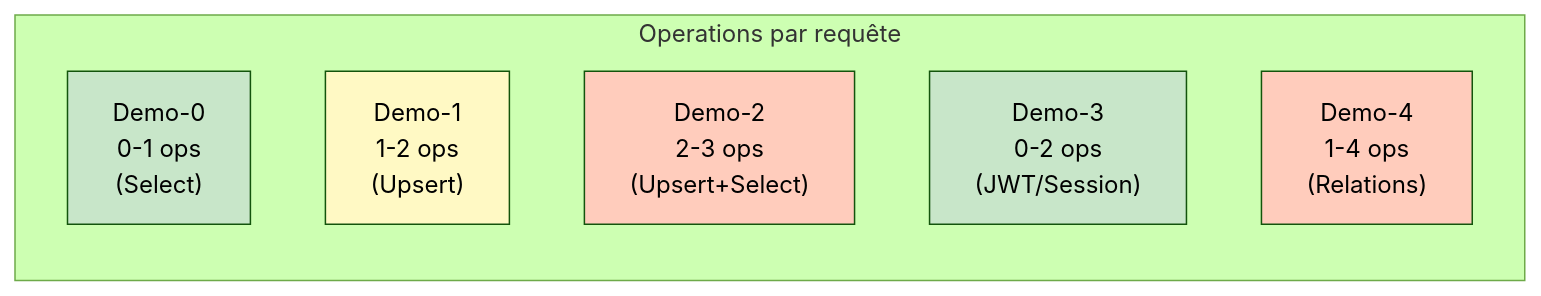
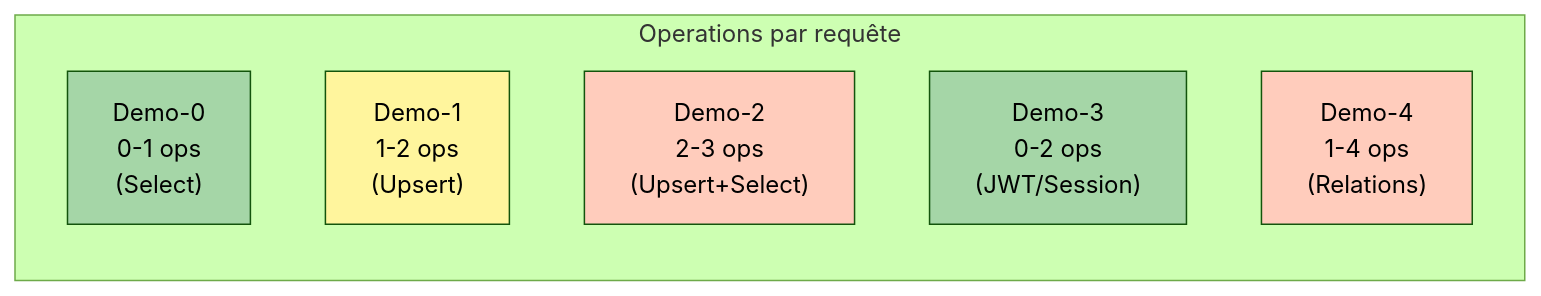
One commit to inskillflow/auths-1-NEXTJS-introduction changed diagram 36 of 39 in 02-DIAGRAMMES_ARCHITECTURES.md. Above: the diagram before and after it, drawn with Mermaid (forest theme). The commit also changed other lines of this file, not shown here.

````diff
--- a/02-DIAGRAMMES_ARCHITECTURES.md
+++ b/02-DIAGRAMMES_ARCHITECTURES.md
@@ -1157,16 +1157,16 @@
 ```mermaid
 graph LR
     subgraph "Operations par requête"
         O0["Demo-0<br/>0-1 ops<br/>(Select)"]
         O1["Demo-1<br/>1-2 ops<br/>(Upsert)"]
         O2["Demo-2<br/>2-3 ops<br/>(Upsert+Select)"]
         O3["Demo-3<br/>0-2 ops<br/>(JWT/Session)"]
         O4["Demo-4<br/>1-4 ops<br/>(Relations)"]
     end
     
-    style O0 fill:#c8e6c9
-    style O1 fill:#fff9c4
+    style O0 fill:#a5d6a7
+    style O1 fill:#fff59d
     style O2 fill:#ffccbc
-    style O3 fill:#c8e6c9
+    style O3 fill:#a5d6a7
     style O4 fill:#ffccbc
 ```
````
